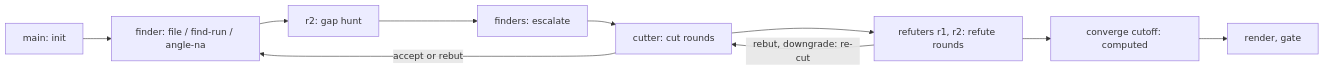
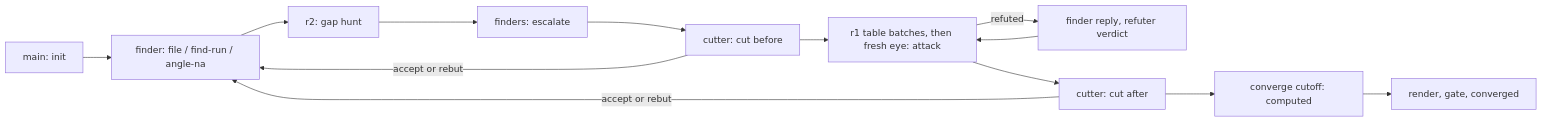
Before and after one commit to vancsj/bootgear: the diagram in docs/converge.md, drawn with Mermaid. The commit also changed other lines of this file and 77 other files, not shown here.

First line of the commit message:
CONVERGE: replace the slate mechanism with attack batches, a dispute round trip and a separate cut field

````diff
--- a/docs/converge.md
+++ b/docs/converge.md
@@ -43,12 +39,14 @@
 ```mermaid
 flowchart LR
   M[main: init] --> F[finder: file / find-run / angle-na]
   F --> H[r2: gap hunt]
   H --> E[finders: escalate]
-  E --> C[cutter: cut rounds]
-  C -->|accept or rebut| F
-  C --> R[refuters r1, r2: refute rounds]
-  R -->|rebut, downgrade: re-cut| C
-  R --> X[converge cutoff: computed]
-  X --> G[render, gate]
+  E --> CB[cutter: cut before]
+  CB --> A[r1 table batches, then fresh eye: attack]
+  A -->|refuted| D[finder reply, refuter verdict]
+  D --> A
+  A --> CA[cutter: cut after]
+  CB & CA -->|accept or rebut| F
+  CA --> X[converge cutoff: computed]
+  X --> G[render, gate, converged]
 ```
````
